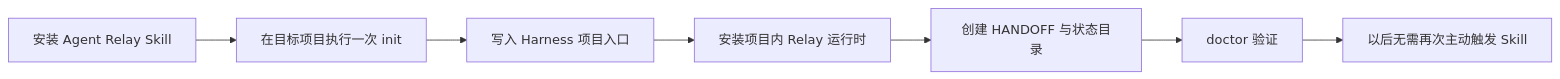
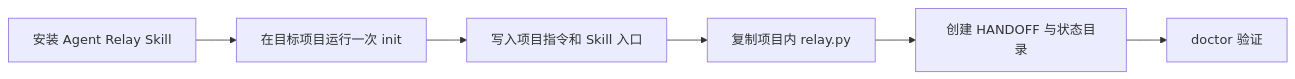
Before and after one commit to chopperH0824/agent-relay: the first of 3 diagrams in README.md, drawn with Mermaid. The commit also changed other lines of this file and 24 other files, not shown here.

Commit message:
feat: release Agent Relay v0.1.0

````diff
--- a/README.md
+++ b/README.md
@@ -79,9 +101,8 @@
 ```mermaid
 flowchart LR
-    A[安装 Agent Relay Skill] --> B[在目标项目执行一次 init]
-    B --> C[写入 Harness 项目入口]
-    C --> D[安装项目内 Relay 运行时]
+    A[安装 Agent Relay Skill] --> B[在目标项目运行一次 init]
+    B --> C[写入项目指令和 Skill 入口]
+    C --> D[复制项目内 relay.py]
     D --> E[创建 HANDOFF 与状态目录]
     E --> F[doctor 验证]
-    F --> G[以后无需再次主动触发 Skill]
 ```
````
